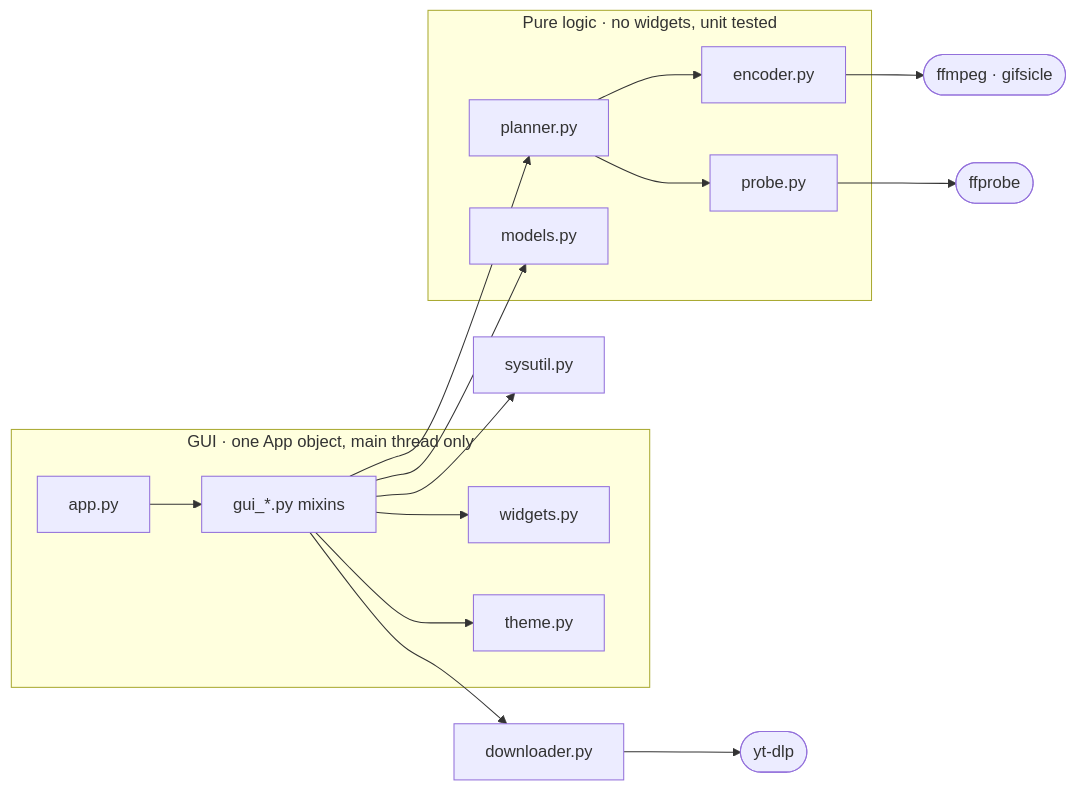
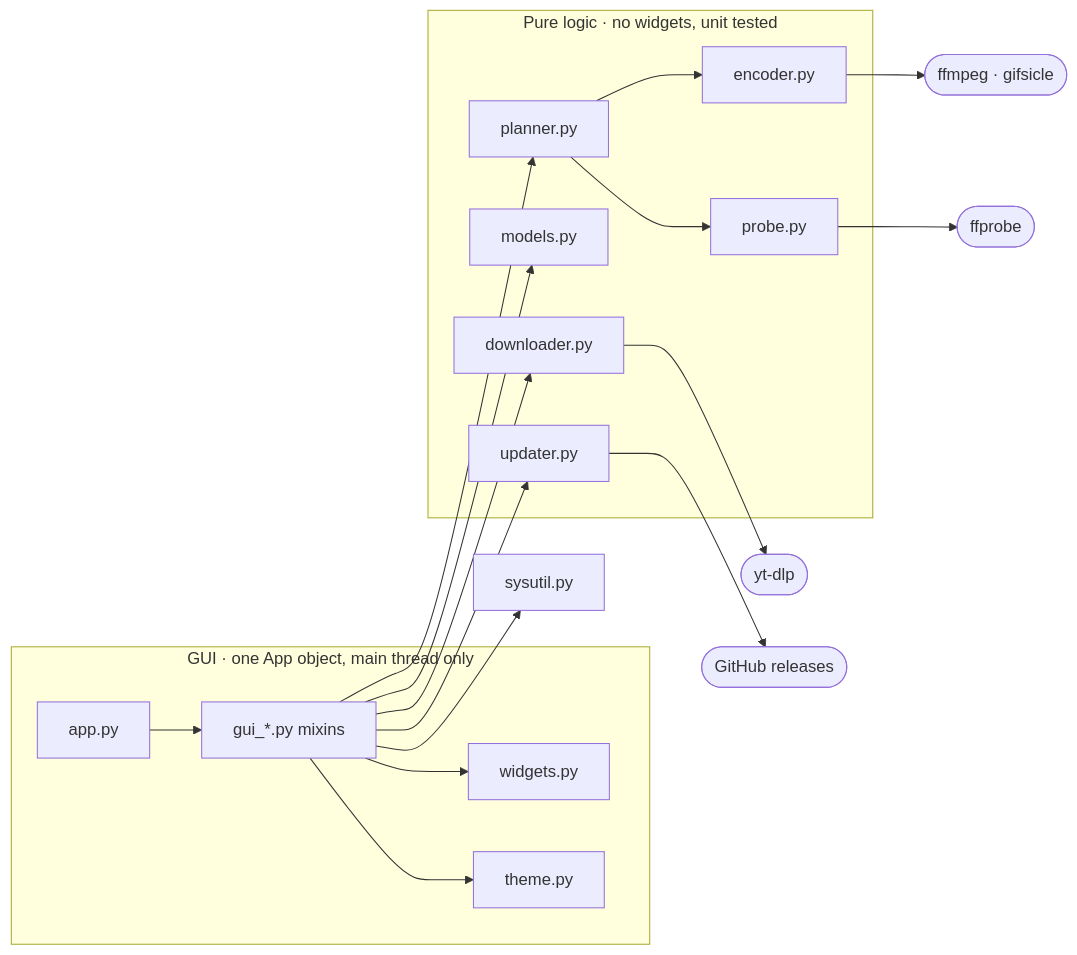
Before and after one commit to Laxy-VR/LaxyToolbox: the diagram in docs/DEVELOPMENT.md, drawn with Mermaid. The commit also changed other lines of this file and 8 other files, not shown here.

````diff
--- a/docs/DEVELOPMENT.md
+++ b/docs/DEVELOPMENT.md
@@ -32,20 +70,24 @@
 ```mermaid
 flowchart LR
     subgraph gui["GUI · one App object, main thread only"]
         app[app.py] --> mixins["gui_*.py mixins"]
         mixins --> widgets[widgets.py]
         mixins --> theme[theme.py]
     end
     subgraph pure["Pure logic · no widgets, unit tested"]
         planner[planner.py] --> encoder[encoder.py]
         planner --> probe[probe.py]
         models[models.py]
+        downloader[downloader.py]
+        updater[updater.py]
     end
     mixins --> planner
     mixins --> models
-    mixins --> downloader[downloader.py]
+    mixins --> downloader
+    mixins --> updater
     mixins --> sysutil[sysutil.py]
     encoder --> ffmpeg([ffmpeg · gifsicle])
     probe --> ffprobe([ffprobe])
     downloader --> ytdlp([yt-dlp])
+    updater --> github([GitHub releases])
 ```
````
